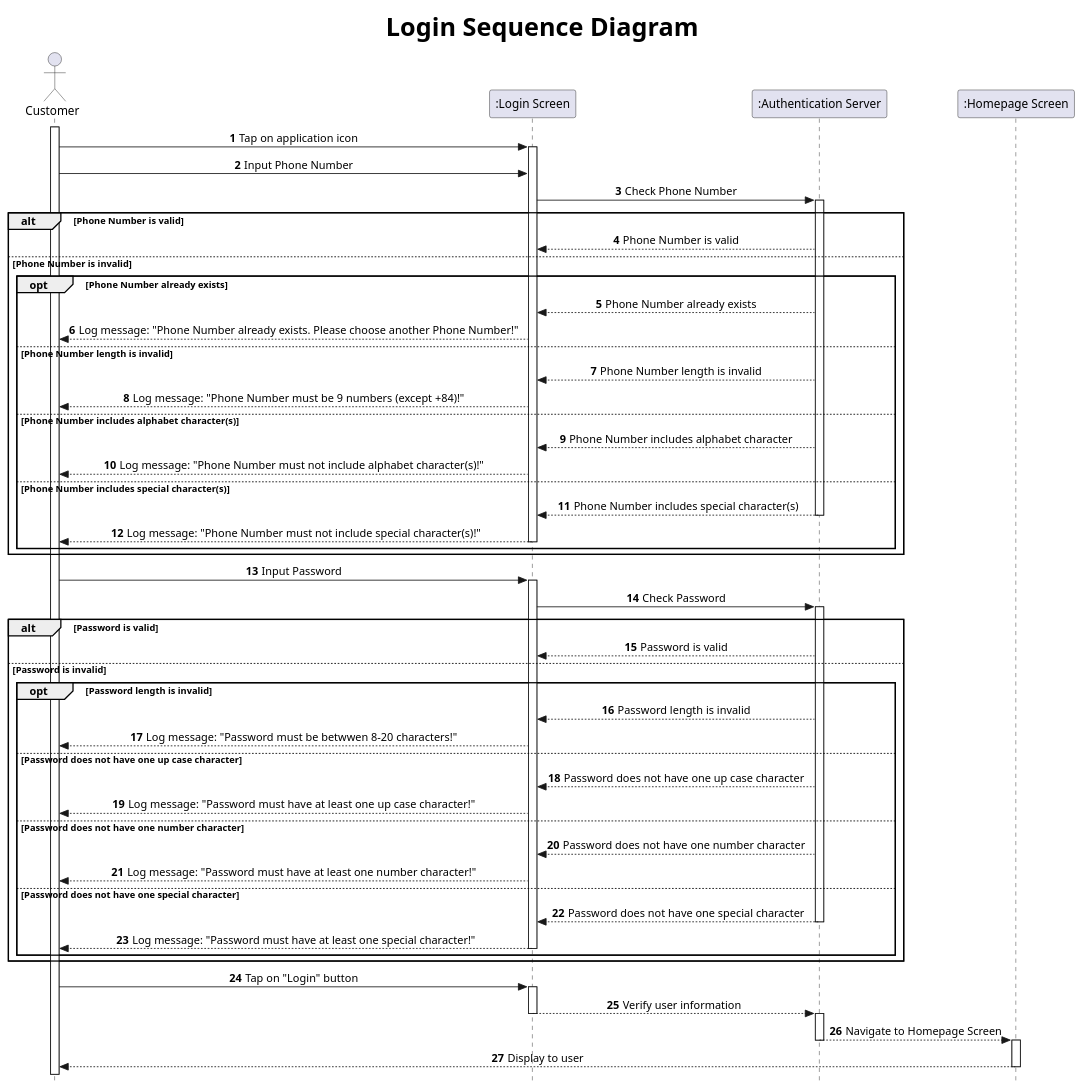
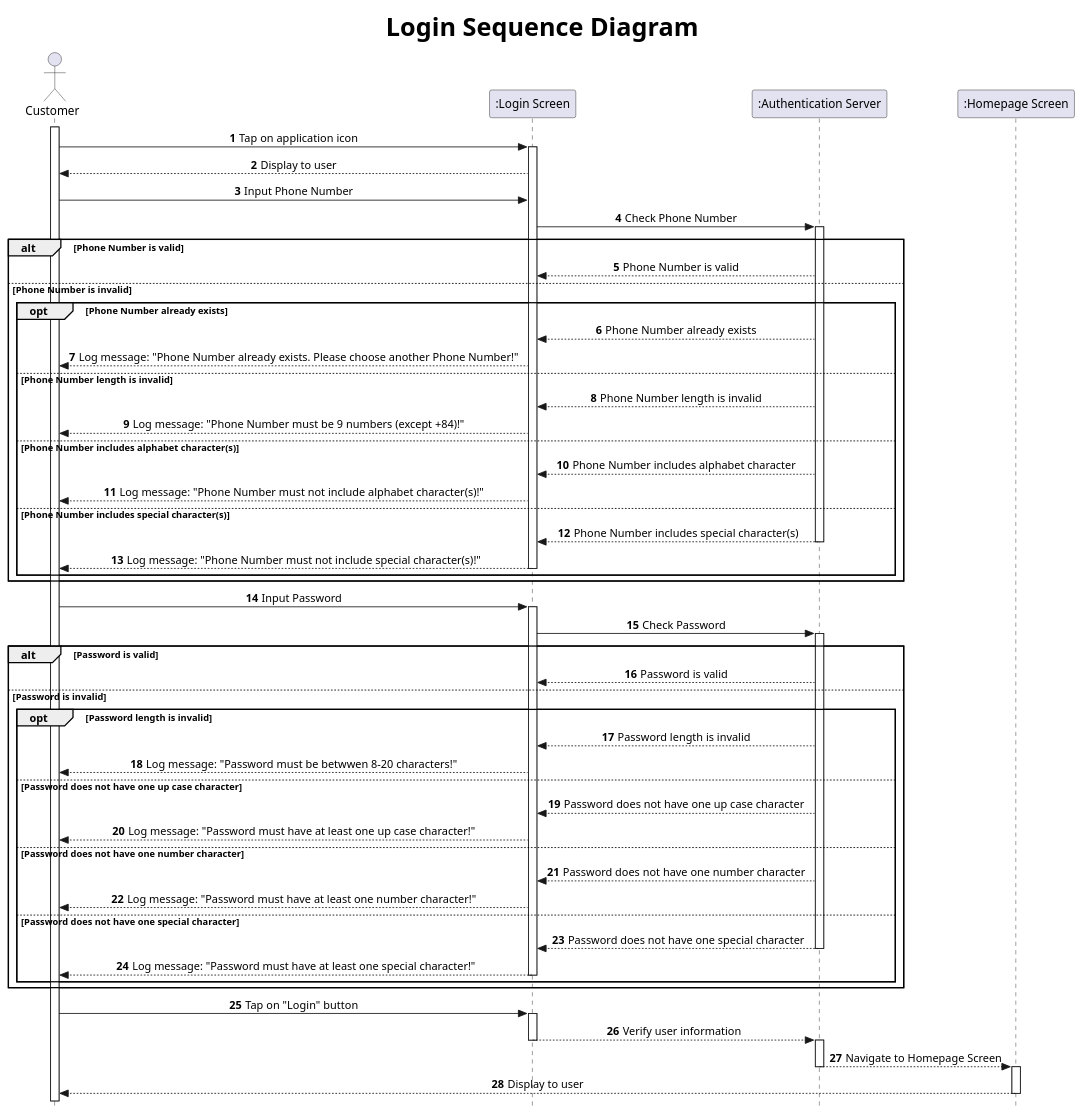
Before and after one commit to ledoantantri/SE357-Pratice-class: the diagram in Lab 1/Lab 1.2/sequence-diagrams/log-in.wsd, drawn with PlantUML. The commit also changed 14 other files, not shown here.

Commit message:
Add some more sequence diagrams

```diff
--- a/Lab 1/Lab 1.2/sequence-diagrams/log-in.wsd
+++ b/Lab 1/Lab 1.2/sequence-diagrams/log-in.wsd
@@ -1,87 +1,87 @@
-@startuml Foodey_sequence_Sign-Up
+@startuml Login Sequence Diagram
 
 title <size: 30> Login Sequence Diagram
 
 skinparam Style strictuml
 skinparam sequenceMessageAlign center
 
 actor "Customer" as Cm
 participant ":Login Screen" as LI
 participant ":Authentication Server" as AS
 participant ":Homepage Screen" as HP
 
 autonumber
 
 activate Cm
 Cm -> LI: Tap on application icon
 activate LI
+LI --> Cm: Display to user
 
 '=============== Phone Number ==============='
 Cm -> LI: Input Phone Number
-
 LI -> AS: Check Phone Number
 activate AS
 
 alt Phone Number is valid
     AS --> LI: Phone Number is valid
 else Phone Number is invalid
     opt Phone Number already exists
         AS --> LI: Phone Number already exists
         LI --> Cm: Log message: "Phone Number already exists. Please choose another Phone Number!"
     else Phone Number length is invalid
         AS --> LI: Phone Number length is invalid
         LI --> Cm: Log message: "Phone Number must be 9 numbers (except +84)!"
     else Phone Number includes alphabet character(s)
         AS --> LI: Phone Number includes alphabet character
         LI --> Cm: Log message: "Phone Number must not include alphabet character(s)!"
     else Phone Number includes special character(s)
         AS --> LI: Phone Number includes special character(s)
         deactivate AS
         LI --> Cm: Log message: "Phone Number must not include special character(s)!"
         deactivate LI
     end
 end
 
 
 '=============== Password ==============='
 Cm -> LI: Input Password
 activate LI
 LI -> AS: Check Password
 activate AS
 
 alt Password is valid
     AS --> LI: Password is valid
 else Password is invalid
     opt Password length is invalid
         AS --> LI: Password length is invalid
         LI --> Cm: Log message: "Password must be betwwen 8-20 characters!"
     else Password does not have one up case character
         AS --> LI: Password does not have one up case character
         LI --> Cm: Log message: "Password must have at least one up case character!"
     else Password does not have one number character
         AS --> LI: Password does not have one number character
         LI --> Cm: Log message: "Password must have at least one number character!"
     else Password does not have one special character
         AS --> LI: Password does not have one special character
         deactivate AS
         LI --> Cm: Log message: "Password must have at least one special character!"
         deactivate LI
     end
 end
 
 '=============== Login ==============='
 Cm -> LI: Tap on "Login" button
 
 activate LI
 LI --> AS: Verify user information
 deactivate LI
 
 activate AS
 AS --> HP: Navigate to Homepage Screen
 deactivate AS
 
 activate HP
 HP --> Cm: Display to user
 deactivate HP
 
 @enduml
```
